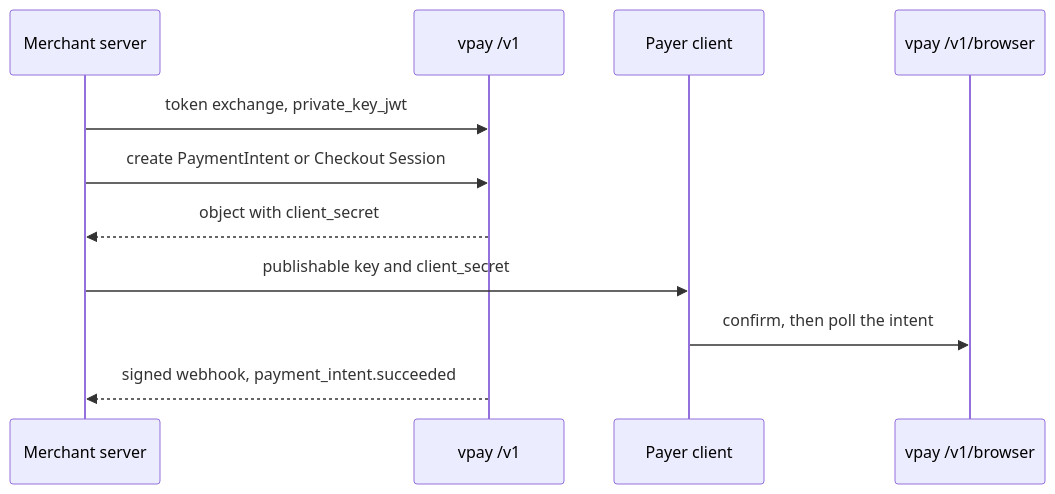
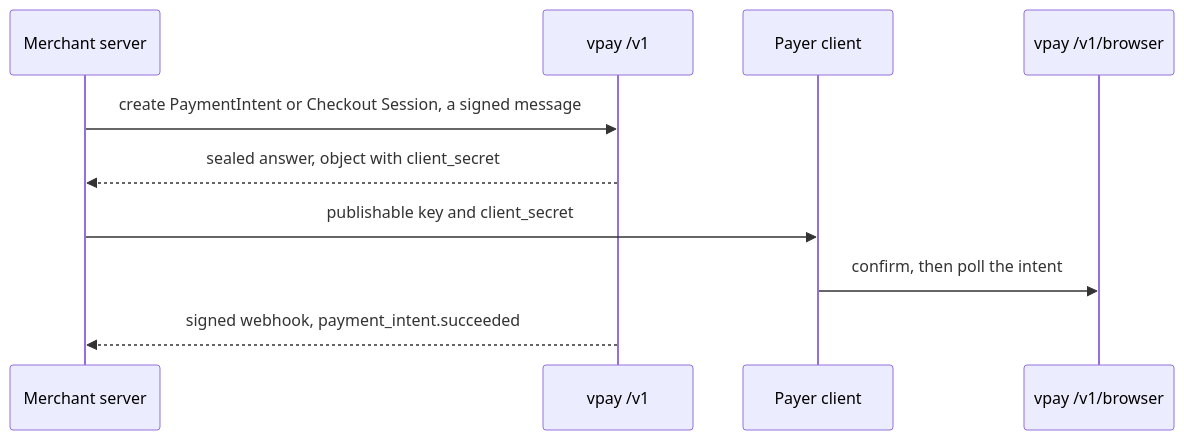
The second of 2 diagrams in docs/sdks/index.md (vaam-apps/vpay-docs), drawn with Mermaid before and after one commit. The commit also changed other lines of this file and 29 other files, not shown here.

````diff
--- a/docs/sdks/index.md
+++ b/docs/sdks/index.md
@@ -86,13 +87,12 @@
 ```mermaid
 sequenceDiagram
   participant MS as Merchant server
   participant V as vpay /v1
   participant P as Payer client
   participant B as vpay /v1/browser
-  MS->>V: token exchange, private_key_jwt
-  MS->>V: create PaymentIntent or Checkout Session
-  V-->>MS: object with client_secret
+  MS->>V: create PaymentIntent or Checkout Session, a signed message
+  V-->>MS: sealed answer, object with client_secret
   MS->>P: publishable key and client_secret
   P->>B: confirm, then poll the intent
   V-->>MS: signed webhook, payment_intent.succeeded
 ```
````
